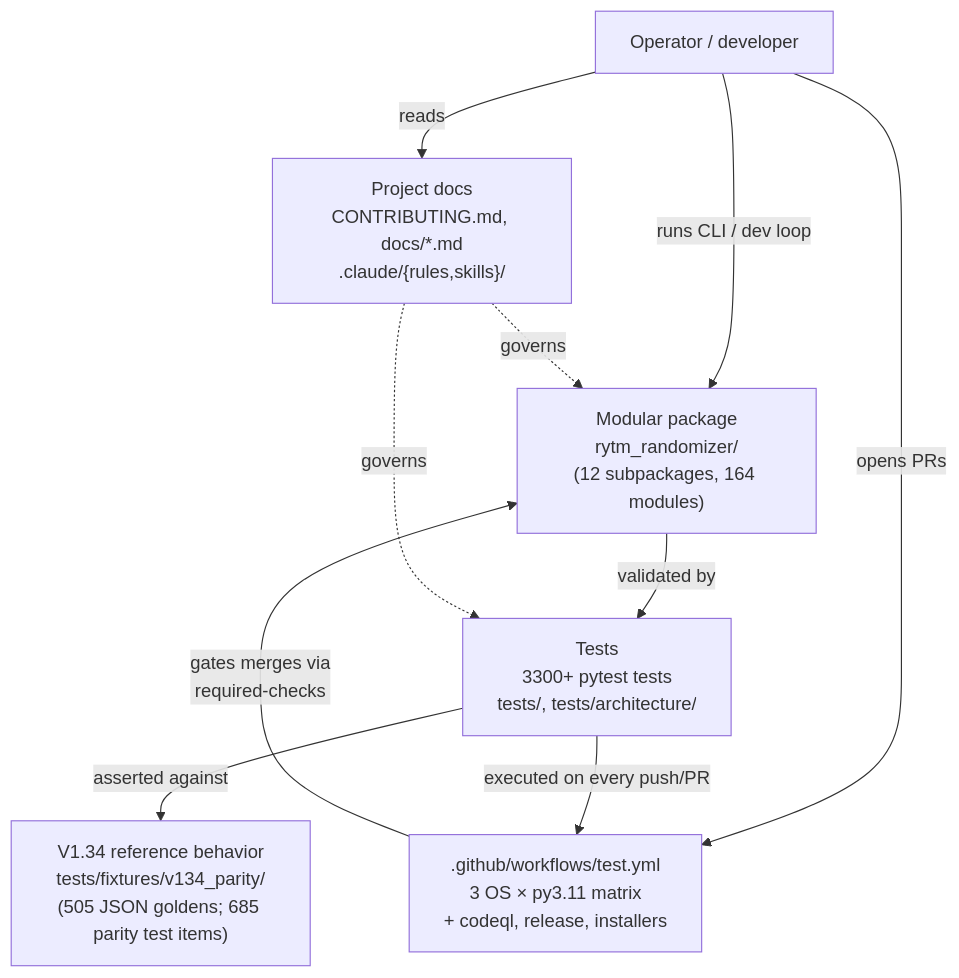
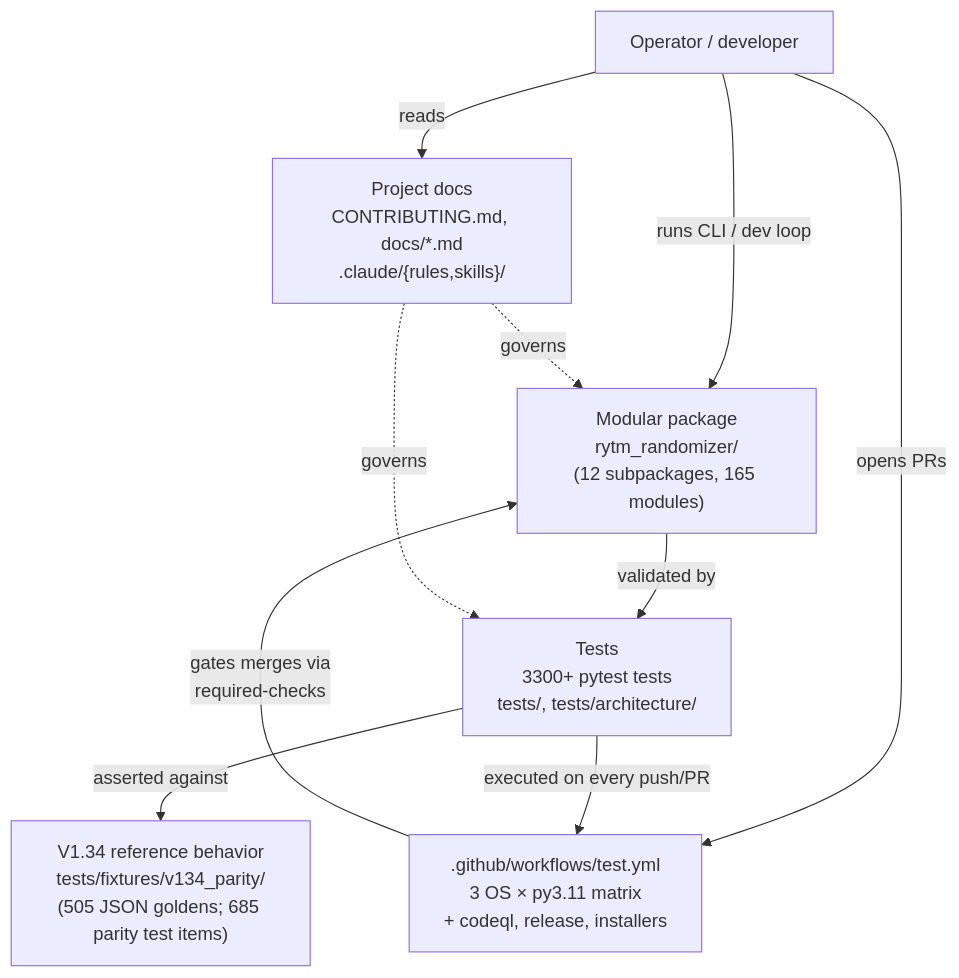
The first of 26 diagrams in docs/ARCHITECTURE_DIAGRAMS.md (buzzijose-hub/RytmRandomizer), drawn with Mermaid before and after one commit. The commit also changed other lines of this file and 15 other files, not shown here.

````diff
--- a/docs/ARCHITECTURE_DIAGRAMS.md
+++ b/docs/ARCHITECTURE_DIAGRAMS.md
@@ -47,22 +47,22 @@
 ```mermaid
 flowchart TB
     User["Operator / developer"]
     V134["V1.34 reference behavior<br/>tests/fixtures/v134_parity/<br/>(505 JSON goldens; 685 parity test items)"]
-    Package["Modular package<br/>rytm_randomizer/<br/>(12 subpackages, 164 modules)"]
+    Package["Modular package<br/>rytm_randomizer/<br/>(12 subpackages, 165 modules)"]
     Tests["Tests<br/>3300+ pytest tests<br/>tests/, tests/architecture/"]
     CI[".github/workflows/test.yml<br/>3 OS × py3.11 matrix<br/>+ codeql, release, installers"]
     Docs["Project docs<br/>CONTRIBUTING.md, docs/*.md<br/>.claude/{rules,skills}/"]
 
     User -->|"runs CLI / dev loop"| Package
     User -->|"opens PRs"| CI
     User -->|"reads"| Docs
 
     Package -->|"validated by"| Tests
     Tests -->|"asserted against"| V134
     Tests -->|"executed on every push/PR"| CI
 
     CI -->|"gates merges via<br/>required-checks"| Package
 
     Docs -.->|"governs"| Package
     Docs -.->|"governs"| Tests
 ```
````
